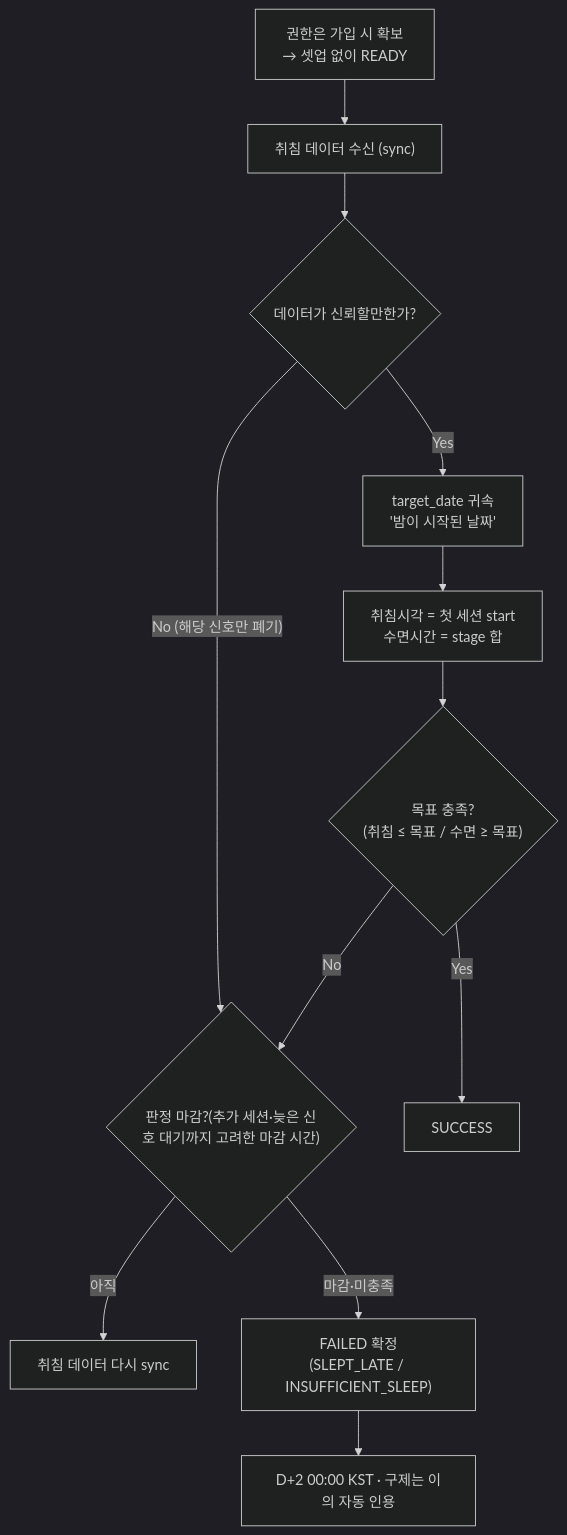
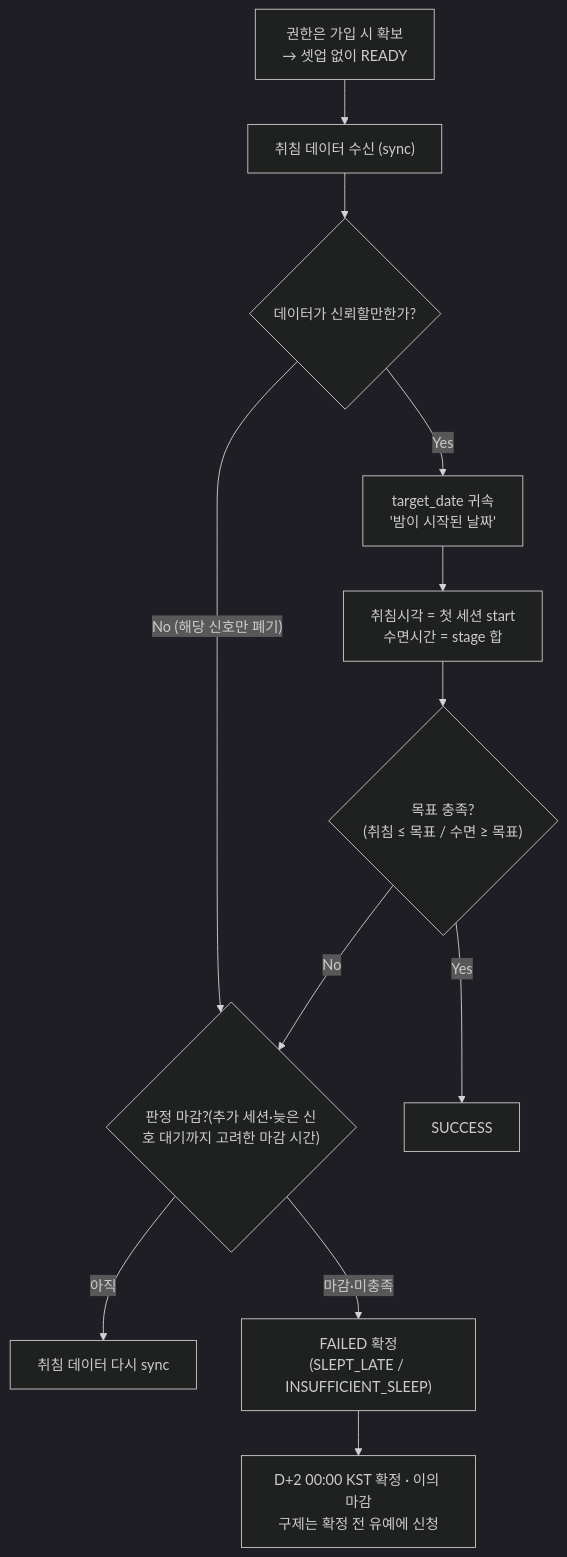
One commit to RuleUp-ASM/Backend changed the eighth of 10 diagrams in docs/check/인증구현.md. Above: the diagram before and after it, drawn with Mermaid (dark theme). The commit also changed other lines of this file and 4 other files, not shown here.

````diff
--- a/docs/check/인증구현.md
+++ b/docs/check/인증구현.md
@@ -423,14 +423,14 @@
 ```mermaid
 flowchart TD
 A["권한은 가입 시 확보<br/>→ 셋업 없이 READY"] --> B["취침 데이터 수신 (sync)"]
 B --> G{"데이터가 신뢰할만한가?"}
 G -->|"No (해당 신호만 폐기)"| W{"판정 마감?(추가 세션·늦은 신호 대기까지 고려한 마감 시간)"}
 G -->|Yes| C["target_date 귀속<br/>'밤이 시작된 날짜'"]
 C --> D["취침시각 = 첫 세션 start<br/>수면시간 = stage 합"]
 D --> E{"목표 충족?<br/>(취침 ≤ 목표 / 수면 ≥ 목표)"}
 E -->|Yes| OK["SUCCESS"]
 E -->|No| W
 W -->|"아직"| RE["취침 데이터 다시 sync"]
 W -->|"마감·미충족"| F["FAILED 확정<br/>(SLEPT_LATE / INSUFFICIENT_SLEEP)"]
-F --> LOCK["D+2 00:00 KST · 구제는 이의 자동 인용"]
+F --> LOCK["D+2 00:00 KST 확정 · 이의 마감<br/>구제는 확정 전 유예에 신청"]
 ```
````
